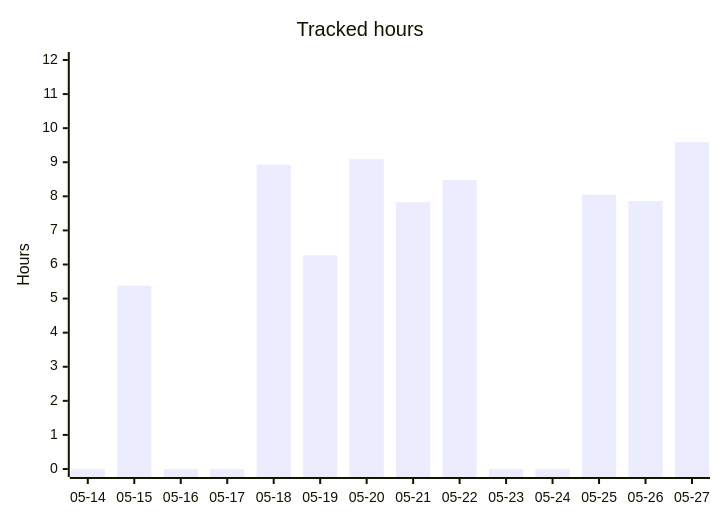
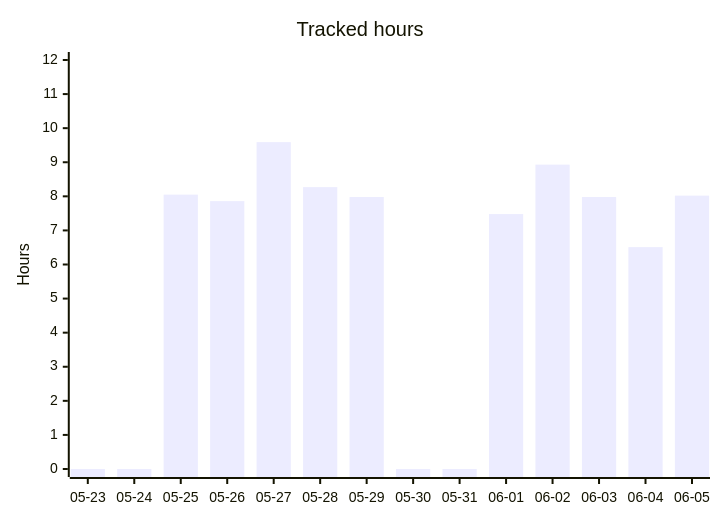
One commit to albinforsberg-netizen/timeclock changed the second of 5 diagrams in README.org. Above: the diagram before and after it, drawn with Mermaid. The commit also changed other lines of this file, not shown here.

```diff
--- a/README.org
+++ b/README.org
@@ -90,7 +90,7 @@
 #+begin_src mermaid
 xychart-beta
     title "Tracked hours"
-    x-axis ["05-14", "05-15", "05-16", "05-17", "05-18", "05-19", "05-20", "05-21", "05-22", "05-23", "05-24", "05-25", "05-26", "05-27"]
+    x-axis ["05-23", "05-24", "05-25", "05-26", "05-27", "05-28", "05-29", "05-30", "05-31", "06-01", "06-02", "06-03", "06-04", "06-05"]
     y-axis "Hours" 0 --> 12
-    bar [0.00, 5.38, 0.00, 0.00, 8.93, 6.27, 9.09, 7.83, 8.48, 0.00, 0.00, 8.05, 7.86, 9.59]
+    bar [0.00, 0.00, 8.05, 7.86, 9.59, 8.27, 7.98, 0.00, 0.00, 7.48, 8.93, 7.98, 6.51, 8.02]
 #+end_src
```
